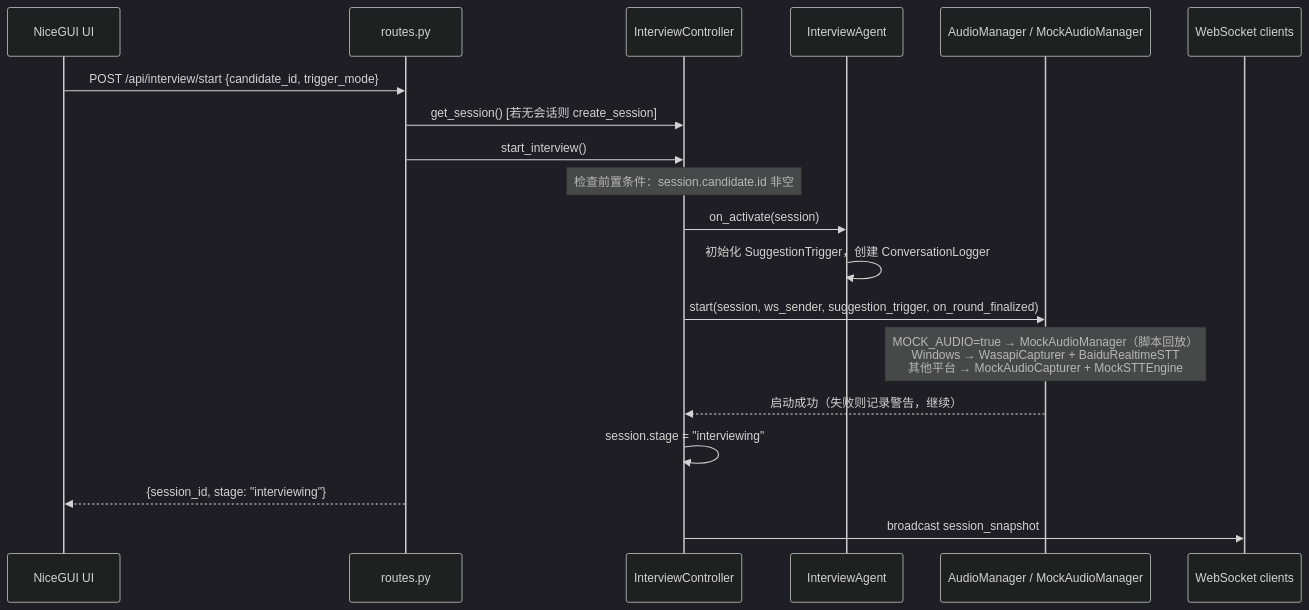
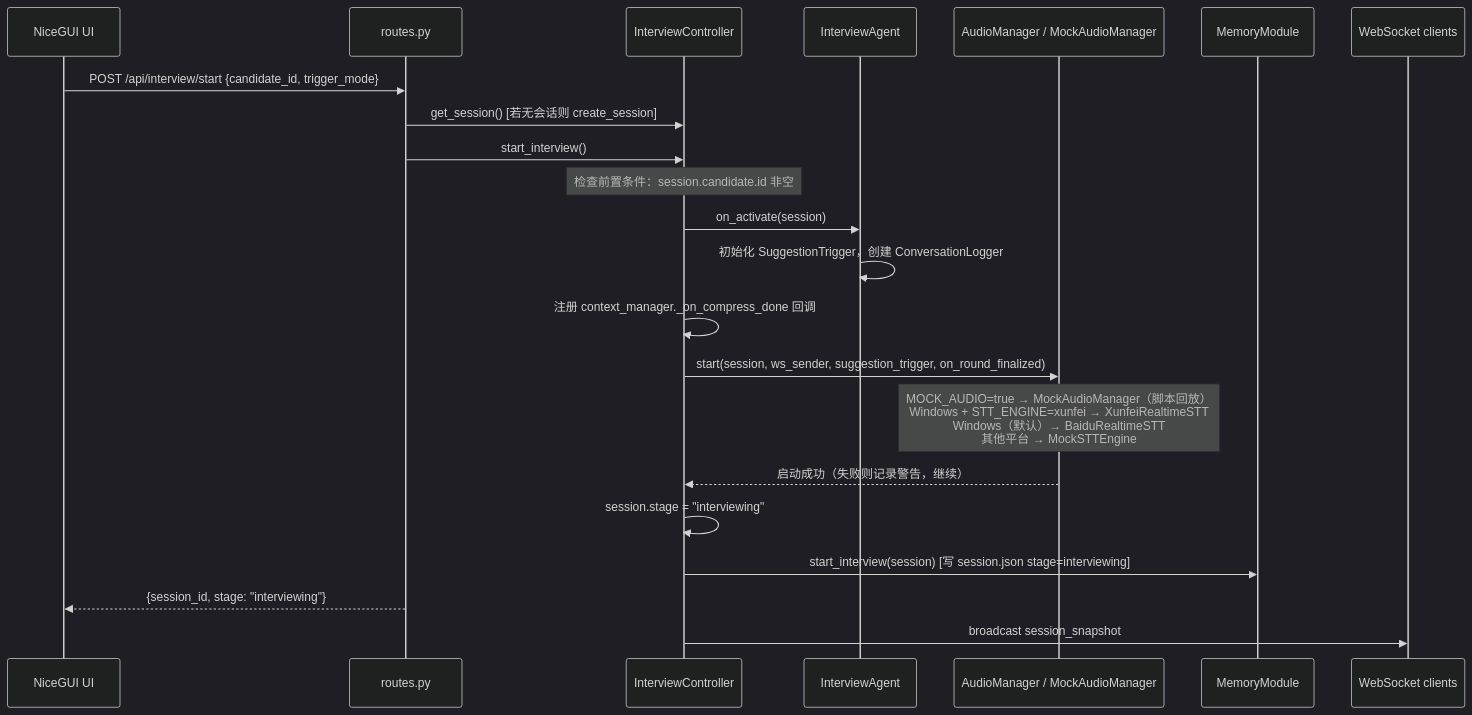
Before and after one commit to dygcjlu/interviewer-assistant: the second of 5 diagrams in docs/arc/flows.md, drawn with Mermaid (dark theme). The commit also changed other lines of this file and 31 other files, not shown here.

````diff
--- a/docs/arc/flows.md
+++ b/docs/arc/flows.md
@@ -58,22 +70,25 @@
 ```mermaid
 sequenceDiagram
     participant UI as NiceGUI UI
     participant REST as routes.py
     participant IC as InterviewController
     participant IA as InterviewAgent
     participant AM as AudioManager / MockAudioManager
+    participant MM as MemoryModule
     participant WS as WebSocket clients
 
     UI->>REST: POST /api/interview/start {candidate_id, trigger_mode}
     REST->>IC: get_session() [若无会话则 create_session]
     REST->>IC: start_interview()
     Note over IC: 检查前置条件：session.candidate.id 非空
     IC->>IA: on_activate(session)
     IA->>IA: 初始化 SuggestionTrigger，创建 ConversationLogger
+    IC->>IC: 注册 context_manager._on_compress_done 回调
     IC->>AM: start(session, ws_sender, suggestion_trigger, on_round_finalized)
-    Note over AM: MOCK_AUDIO=true → MockAudioManager（脚本回放）<br/>Windows → WasapiCapturer + BaiduRealtimeSTT<br/>其他平台 → MockAudioCapturer + MockSTTEngine
+    Note over AM: MOCK_AUDIO=true → MockAudioManager（脚本回放）<br/>Windows + STT_ENGINE=xunfei → XunfeiRealtimeSTT<br/>Windows（默认）→ BaiduRealtimeSTT<br/>其他平台 → MockSTTEngine
     AM-->>IC: 启动成功（失败则记录警告，继续）
     IC->>IC: session.stage = "interviewing"
+    IC->>MM: start_interview(session) [写 session.json stage=interviewing]
     REST-->>UI: {session_id, stage: "interviewing"}
     IC->>WS: broadcast session_snapshot
 ```
````
